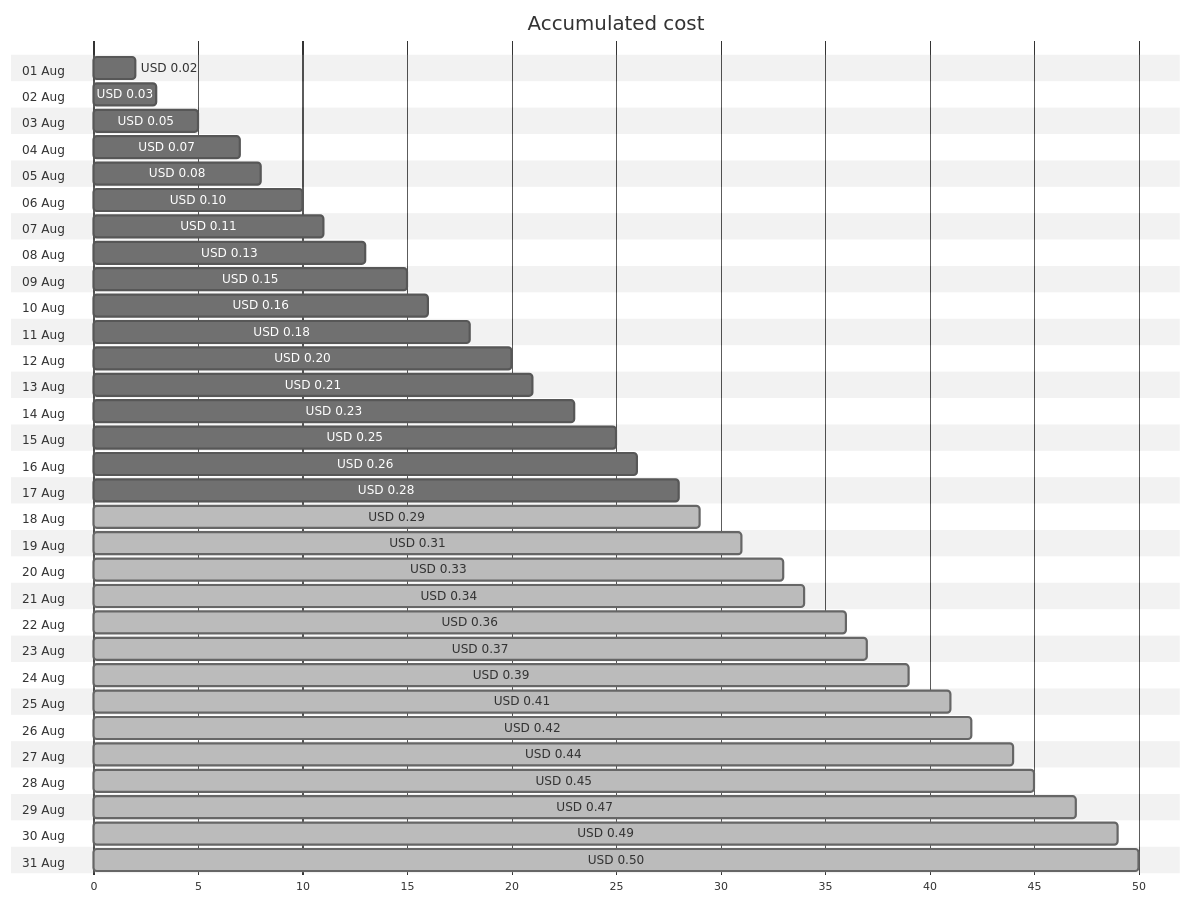
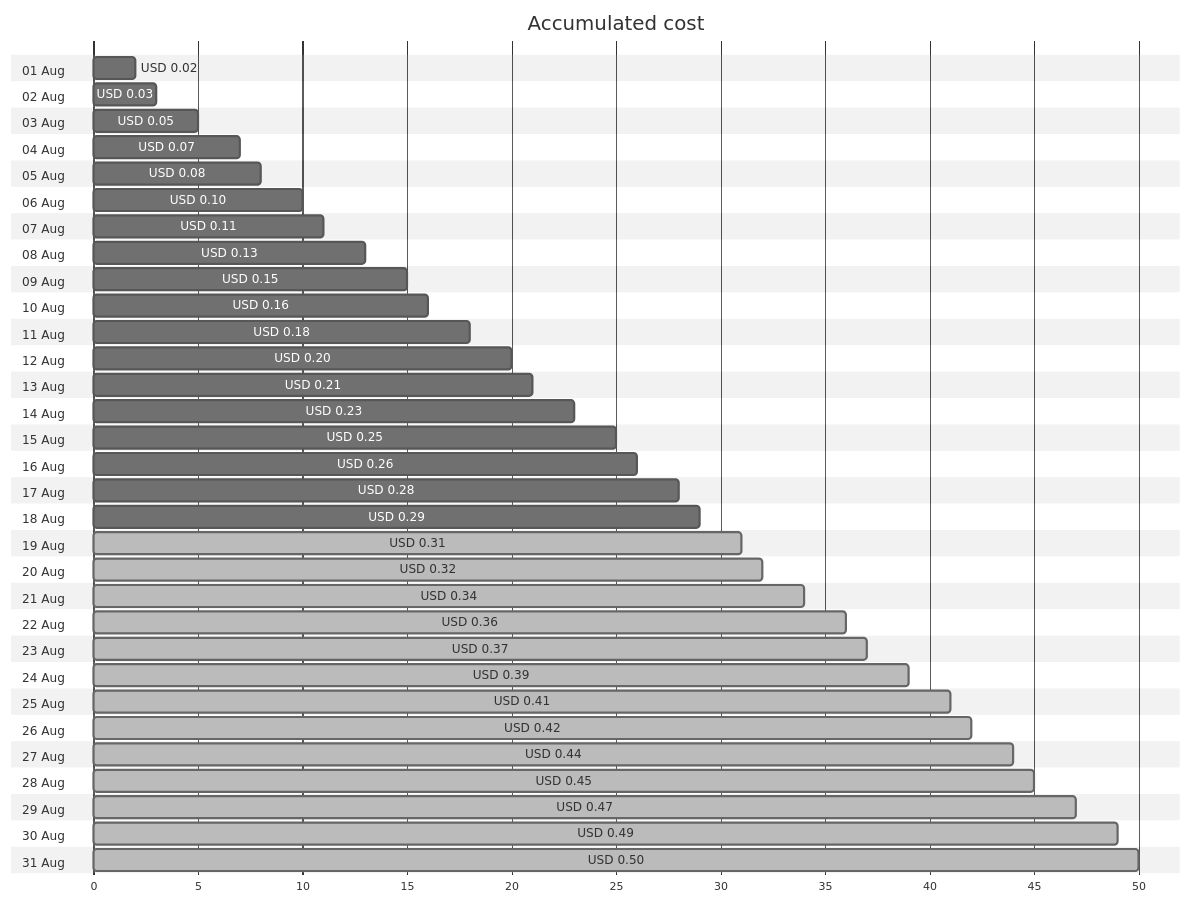
One commit to jpfulton/azure-personal-reports changed the first of 4 diagrams in cost-reports/personal-dns/jpatrickfulton.com.md. Above: the diagram before and after it, drawn with Mermaid (neutral theme). The commit also changed other lines of this file and 2 other files, not shown here.

````diff
--- a/cost-reports/personal-dns/jpatrickfulton.com.md
+++ b/cost-reports/personal-dns/jpatrickfulton.com.md
@@ -20,68 +20,68 @@
 ```mermaid
 gantt
    title Accumulated cost
    dateFormat  X
    axisFormat %s
    section 01 Aug
    USD 0.02 :0, 2
    section 02 Aug
    USD 0.03 :0, 3
    section 03 Aug
    USD 0.05 :0, 5
    section 04 Aug
    USD 0.07 :0, 7
    section 05 Aug
    USD 0.08 :0, 8
    section 06 Aug
    USD 0.10 :0, 10
    section 07 Aug
    USD 0.11 :0, 11
    section 08 Aug
    USD 0.13 :0, 13
    section 09 Aug
    USD 0.15 :0, 15
    section 10 Aug
    USD 0.16 :0, 16
    section 11 Aug
    USD 0.18 :0, 18
    section 12 Aug
    USD 0.20 :0, 20
    section 13 Aug
    USD 0.21 :0, 21
    section 14 Aug
    USD 0.23 :0, 23
    section 15 Aug
    USD 0.25 :0, 25
    section 16 Aug
    USD 0.26 :0, 26
    section 17 Aug
    USD 0.28 :0, 28
    section 18 Aug
-   USD 0.29 : done, 0, 29
+   USD 0.29 :0, 29
    section 19 Aug
    USD 0.31 : done, 0, 31
    section 20 Aug
-   USD 0.33 : done, 0, 33
+   USD 0.32 : done, 0, 32
    section 21 Aug
    USD 0.34 : done, 0, 34
    section 22 Aug
    USD 0.36 : done, 0, 36
    section 23 Aug
    USD 0.37 : done, 0, 37
    section 24 Aug
    USD 0.39 : done, 0, 39
    section 25 Aug
    USD 0.41 : done, 0, 41
    section 26 Aug
    USD 0.42 : done, 0, 42
    section 27 Aug
    USD 0.44 : done, 0, 44
    section 28 Aug
    USD 0.45 : done, 0, 45
    section 29 Aug
    USD 0.47 : done, 0, 47
    section 30 Aug
    USD 0.49 : done, 0, 49
    section 31 Aug
    USD 0.50 : done, 0, 50
 ```
````
